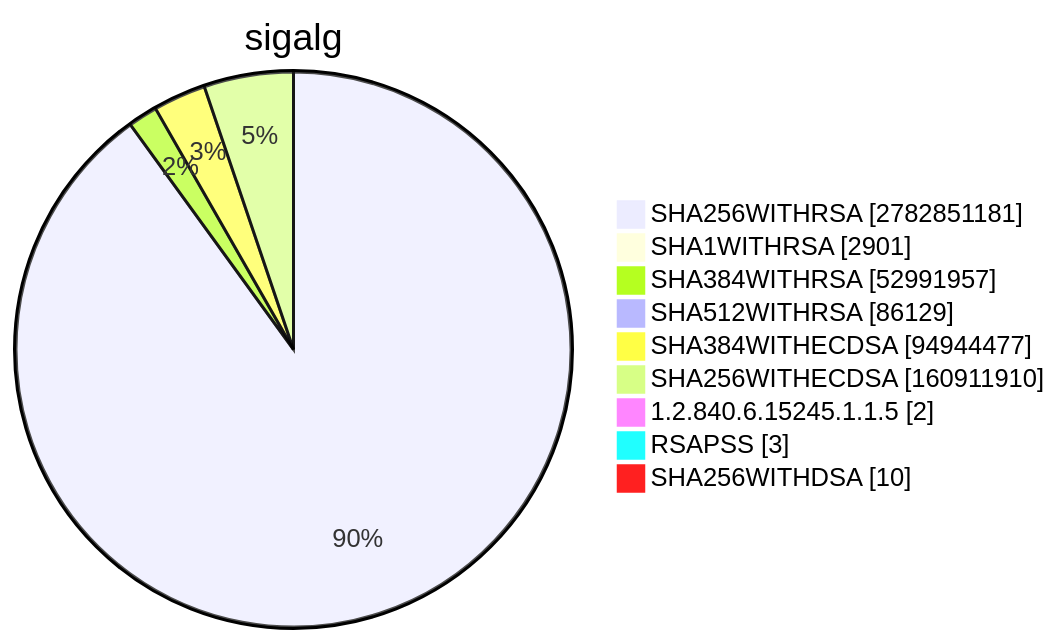
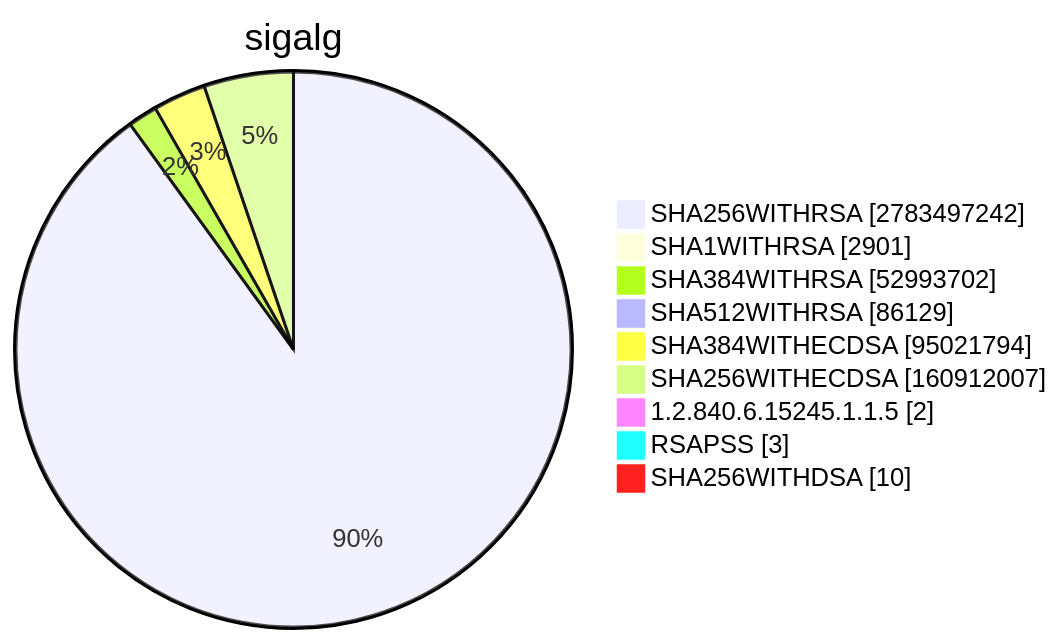
Before and after one commit to christiankrug/ctmonitor_visualization: diagram 15 of 15 in TOTAL/README.md, drawn with Mermaid. The commit also changed other lines of this file, not shown here.

````diff
--- a/TOTAL/README.md
+++ b/TOTAL/README.md
@@ -6207,13 +6207,13 @@
 ```mermaid
 pie showData
 title sigalg
-"SHA256WITHRSA" :2782851181
+"SHA256WITHRSA" :2783497242
 "SHA1WITHRSA" :2901
-"SHA384WITHRSA" :52991957
+"SHA384WITHRSA" :52993702
 "SHA512WITHRSA" :86129
-"SHA384WITHECDSA" :94944477
-"SHA256WITHECDSA" :160911910
+"SHA384WITHECDSA" :95021794
+"SHA256WITHECDSA" :160912007
 "1.2.840.6.15245.1.1.5" :2
 "RSAPSS" :3
 "SHA256WITHDSA" :10
 ```
````
